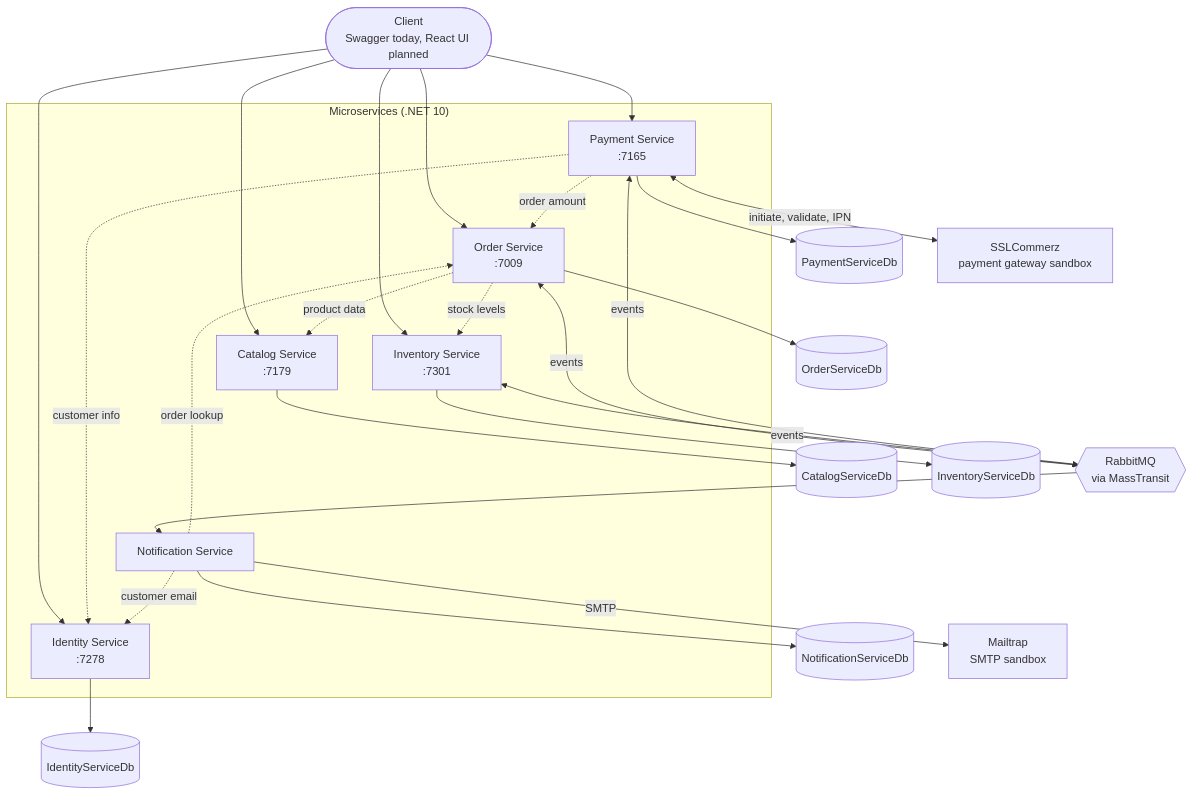
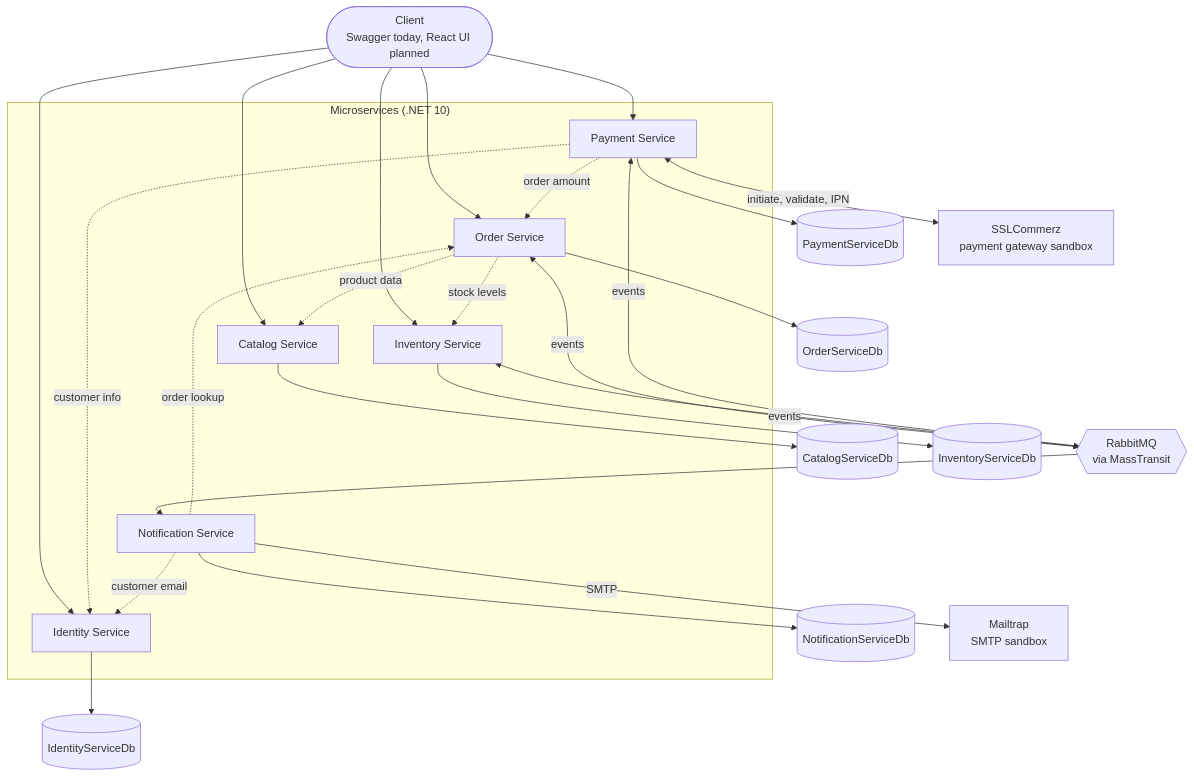
One commit to tusar-molla/ecommerce-microservices changed the first of 7 diagrams in README.md. Above: the diagram before and after it, drawn with Mermaid. The commit also changed other lines of this file, not shown here.

Commit message:
Rewrite README around Docker Compose: one-command setup, configuration reference, troubleshooting, updated roadmap

````diff
--- a/README.md
+++ b/README.md
@@ -51,53 +62,53 @@
 ```mermaid
 flowchart TB
     Client(["Client<br/>Swagger today, React UI planned"])
 
     subgraph SVC["Microservices (.NET 10)"]
-        ID["Identity Service<br/>:7278"]
-        CAT["Catalog Service<br/>:7179"]
-        ORD["Order Service<br/>:7009"]
-        INV["Inventory Service<br/>:7301"]
-        PAY["Payment Service<br/>:7165"]
+        ID["Identity Service"]
+        CAT["Catalog Service"]
+        ORD["Order Service"]
+        INV["Inventory Service"]
+        PAY["Payment Service"]
         NOT["Notification Service"]
     end
 
     MQ{{"RabbitMQ<br/>via MassTransit"}}
 
     IDDB[("IdentityServiceDb")]
     CATDB[("CatalogServiceDb")]
     ORDDB[("OrderServiceDb")]
     INVDB[("InventoryServiceDb")]
     PAYDB[("PaymentServiceDb")]
     NOTDB[("NotificationServiceDb")]
 
     SSL["SSLCommerz<br/>payment gateway sandbox"]
     MAIL["Mailtrap<br/>SMTP sandbox"]
 
     Client --> ID
     Client --> CAT
     Client --> ORD
     Client --> INV
     Client --> PAY
 
     ID --> IDDB
     CAT --> CATDB
     ORD --> ORDDB
     INV --> INVDB
     PAY --> PAYDB
     NOT --> NOTDB
 
     ORD -.->|"product data"| CAT
     ORD -.->|"stock levels"| INV
     PAY -.->|"order amount"| ORD
     PAY -.->|"customer info"| ID
     NOT -.->|"order lookup"| ORD
     NOT -.->|"customer email"| ID
 
     ORD <-->|"events"| MQ
     INV <-->|"events"| MQ
     PAY <-->|"events"| MQ
     MQ --> NOT
 
     PAY <-->|"initiate, validate, IPN"| SSL
     NOT -->|"SMTP"| MAIL
 ```
````
